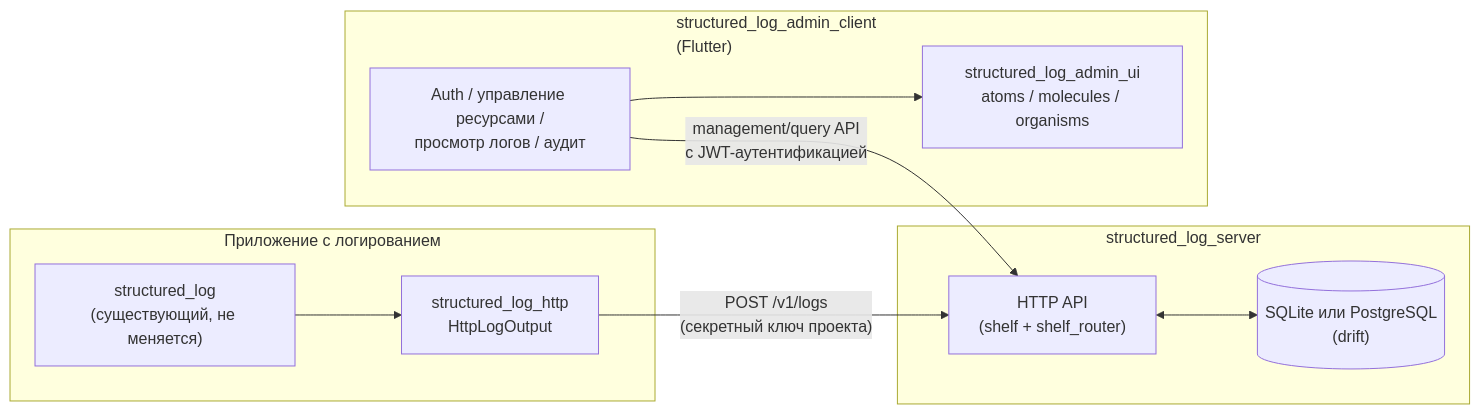
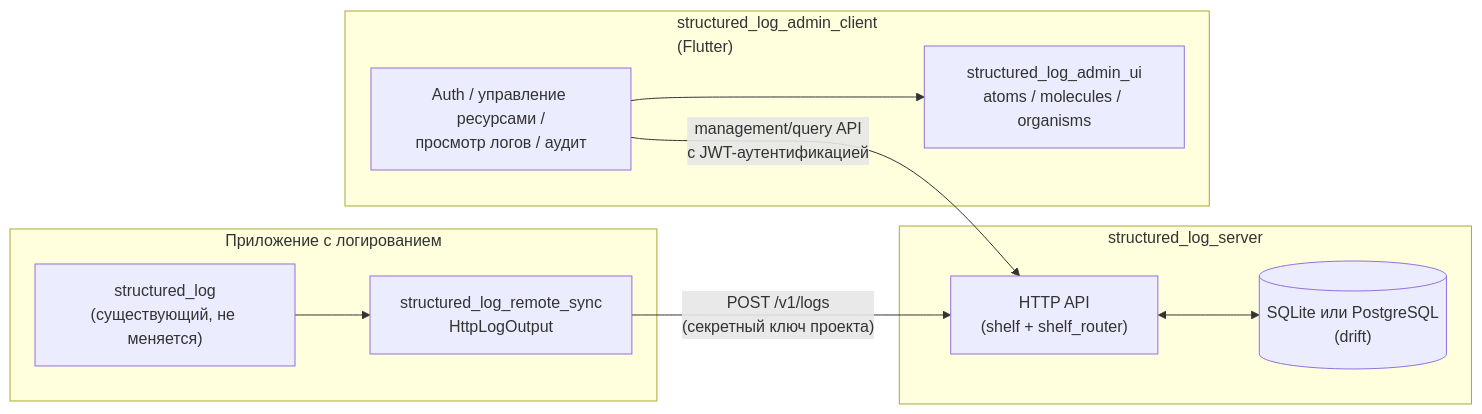
The first of 3 diagrams in docs/architecture/README.ru.md (pese-git/structured_log), drawn with Mermaid before and after one commit. The commit also changed other lines of this file and 61 other files, not shown here.

````diff
--- a/docs/architecture/README.ru.md
+++ b/docs/architecture/README.ru.md
@@ -34,23 +34,23 @@
 ```mermaid
 flowchart LR
     subgraph App["Приложение с логированием"]
         SL["structured_log\n(существующий, не меняется)"]
-        HTTP["structured_log_http\nHttpLogOutput"]
+        HTTP["structured_log_remote_sync\nHttpLogOutput"]
         SL --> HTTP
     end
 
     subgraph Server["structured_log_server"]
         API["HTTP API\n(shelf + shelf_router)"]
         DB[("SQLite или PostgreSQL\n(drift)")]
         API <--> DB
     end
 
     subgraph Admin["structured_log_admin_client\n(Flutter)"]
         UI["Auth / управление ресурсами /\nпросмотр логов / аудит"]
         KIT["structured_log_admin_ui\natoms / molecules / organisms"]
         UI --> KIT
     end
 
     HTTP -- "POST /v1/logs\n(секретный ключ проекта)" --> API
     UI -- "management/query API\nс JWT-аутентификацией" --> API
 ```
````
